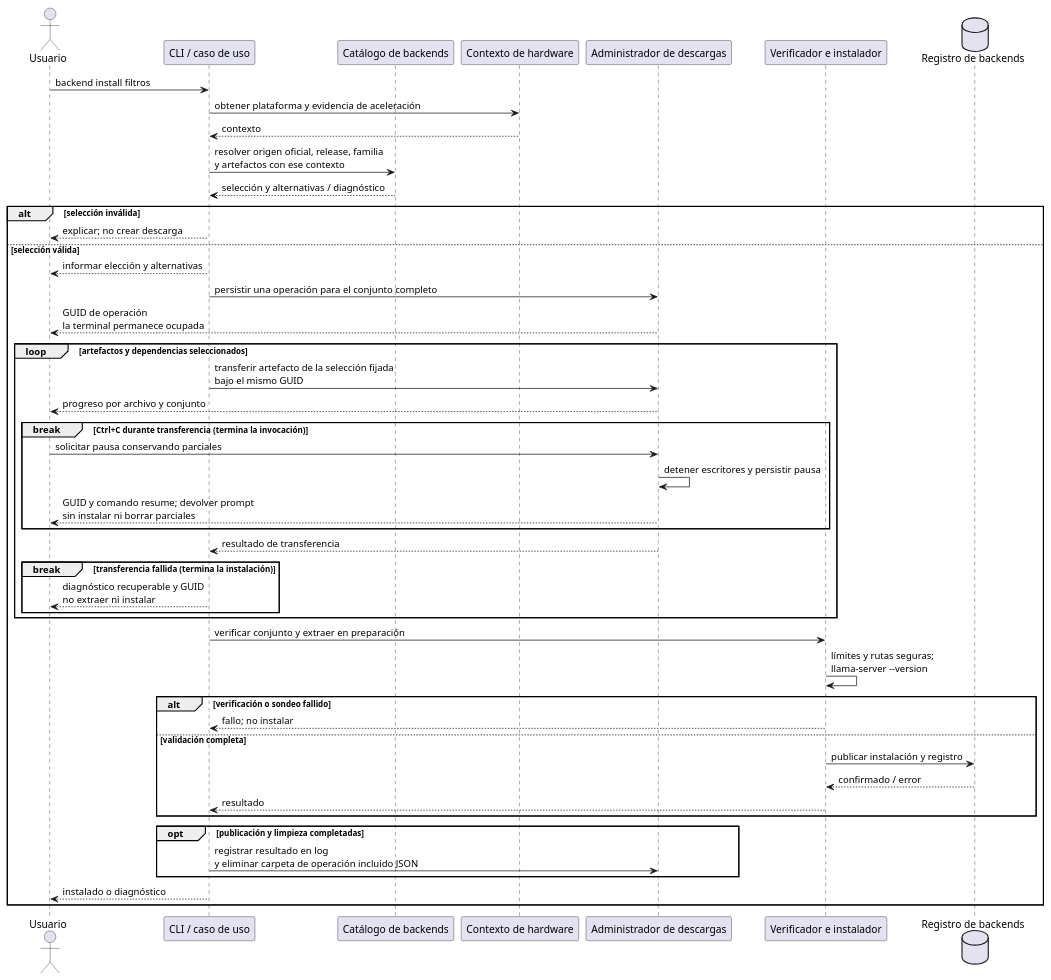
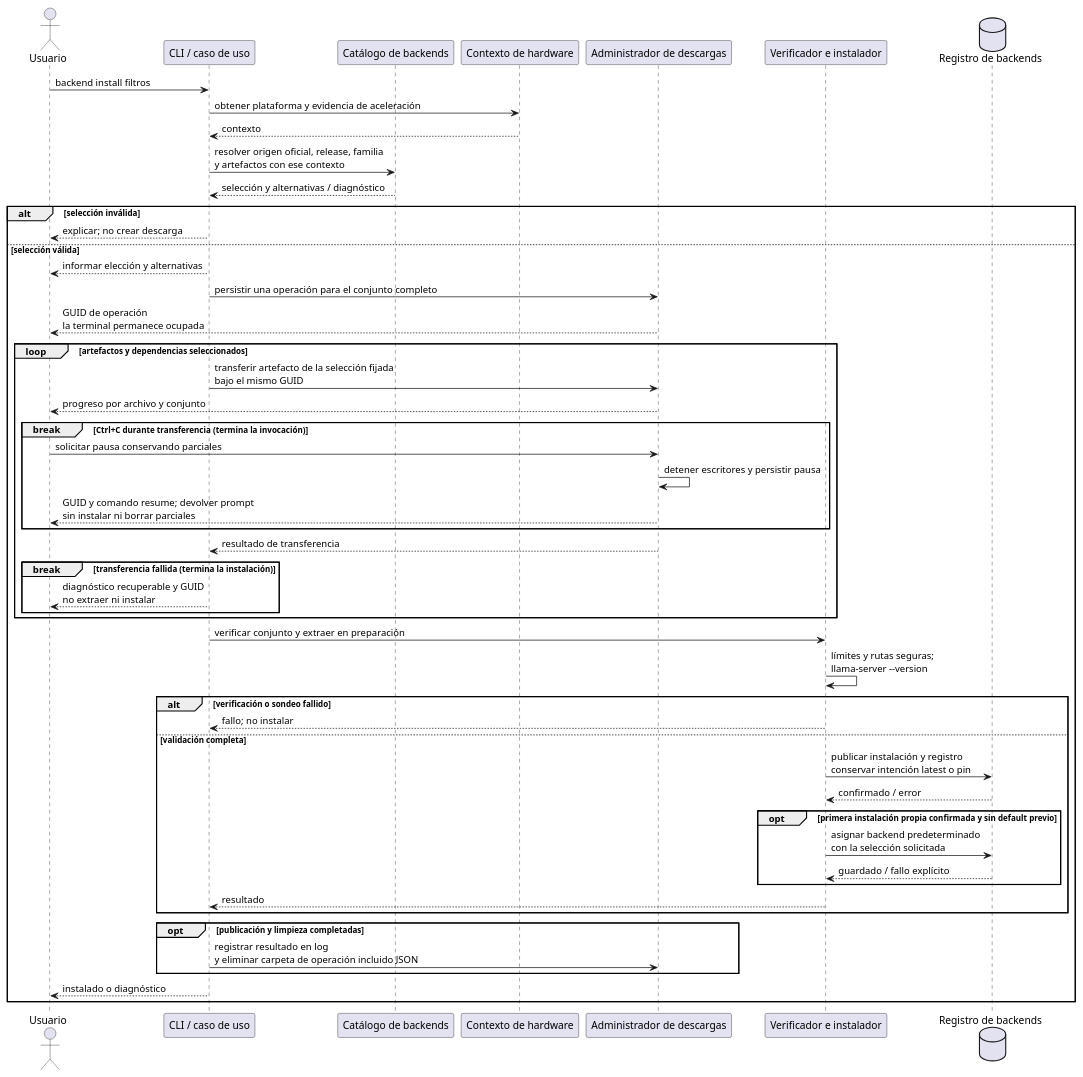
The fifth of 9 diagrams in docs/secuencias.md (mstranich/coquena), drawn with PlantUML before and after one commit. The commit also changed other lines of this file and 10 other files, not shown here.

````diff
--- a/docs/secuencias.md
+++ b/docs/secuencias.md
@@ -363,49 +385,53 @@
 ```plantuml
 @startuml
 actor Usuario as U
 participant "CLI / caso de uso" as C
 participant "Catálogo de backends" as B
 participant "Contexto de hardware" as H
 participant "Administrador de descargas" as D
 participant "Verificador e instalador" as V
 database "Registro de backends" as I
 U -> C : backend install filtros
 C -> H : obtener plataforma y evidencia de aceleración
 H --> C : contexto
 C -> B : resolver origen oficial, release, familia\ny artefactos con ese contexto
 B --> C : selección y alternativas / diagnóstico
 alt selección inválida
   C --> U : explicar; no crear descarga
 else selección válida
   C --> U : informar elección y alternativas
   C -> D : persistir una operación para el conjunto completo
   D --> U : GUID de operación\nla terminal permanece ocupada
   loop artefactos y dependencias seleccionados
     C -> D : transferir artefacto de la selección fijada\nbajo el mismo GUID
     D --> U : progreso por archivo y conjunto
     break Ctrl+C durante transferencia (termina la invocación)
       U -> D : solicitar pausa conservando parciales
       D -> D : detener escritores y persistir pausa
       D --> U : GUID y comando resume; devolver prompt\nsin instalar ni borrar parciales
     end
     D --> C : resultado de transferencia
     break transferencia fallida (termina la instalación)
       C --> U : diagnóstico recuperable y GUID\nno extraer ni instalar
     end
   end
   C -> V : verificar conjunto y extraer en preparación
   V -> V : límites y rutas seguras;\nllama-server --version
   alt verificación o sondeo fallido
     V --> C : fallo; no instalar
   else validación completa
-    V -> I : publicar instalación y registro
+    V -> I : publicar instalación y registro\nconservar intención latest o pin
     I --> V : confirmado / error
+    opt primera instalación propia confirmada y sin default previo
+      V -> I : asignar backend predeterminado\ncon la selección solicitada
+      I --> V : guardado / fallo explícito
+    end
     V --> C : resultado
   end
   opt publicación y limpieza completadas
     C -> D : registrar resultado en log\ny eliminar carpeta de operación incluido JSON
   end
   C --> U : instalado o diagnóstico
 end
 @enduml
 ```
````
